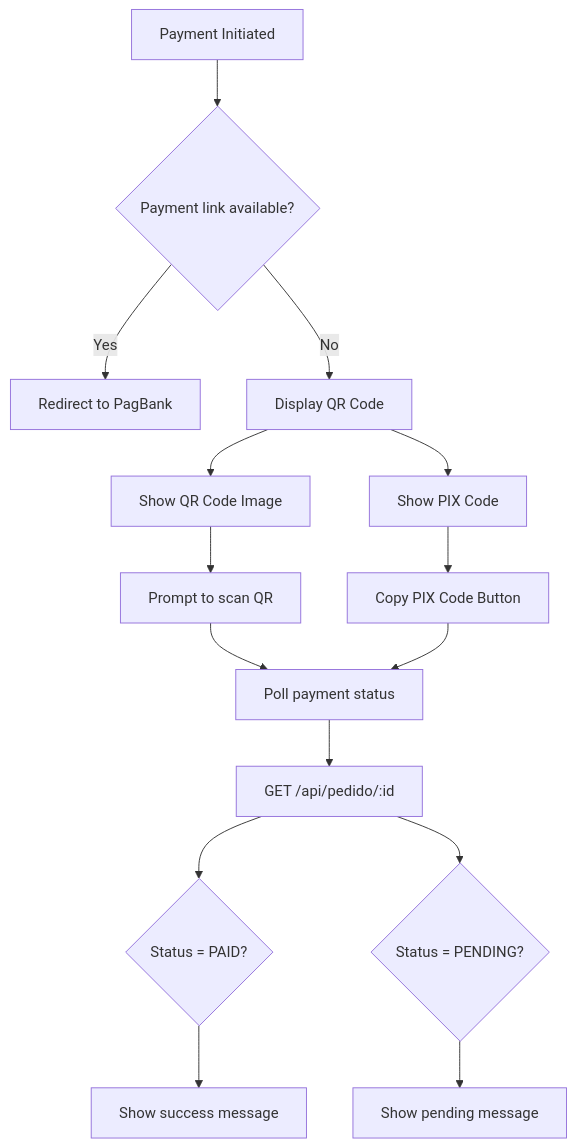
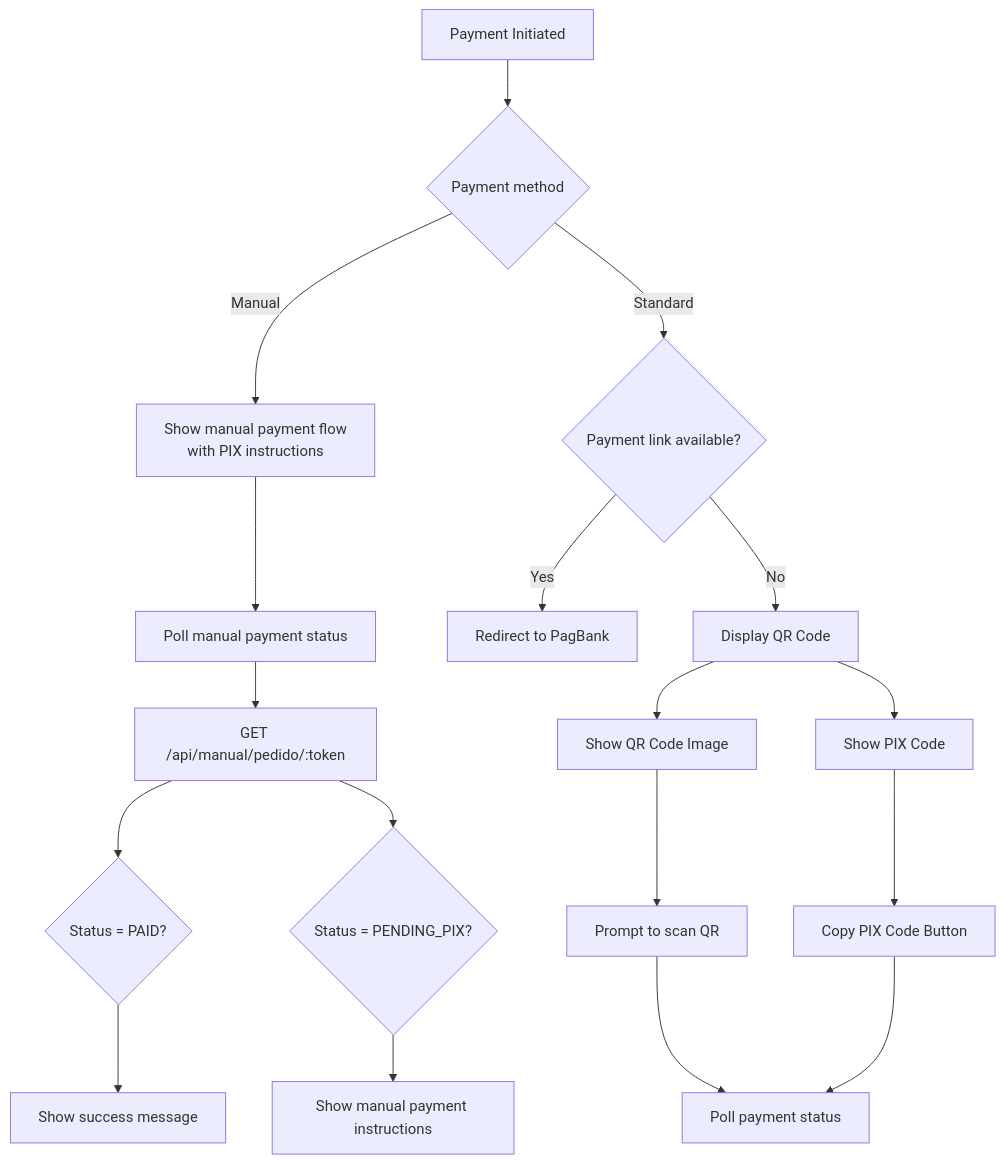
Before and after one commit to Alexandrexicara/qretiquetas.com: the sixth of 8 diagrams in .qoder/repowiki/en/content/Frontend Components/Checkout Interface (checkout.html).md, drawn with Mermaid. The commit also changed other lines of this file and 6 other files, not shown here.

````diff
--- a/.qoder/repowiki/en/content/Frontend Components/Checkout Interface (checkout.html).md
+++ b/.qoder/repowiki/en/content/Frontend Components/Checkout Interface (checkout.html).md
@@ -233,17 +265,20 @@
 ```mermaid
 flowchart TD
-PaymentInit["Payment Initiated"] --> CheckLink{"Payment link available?"}
+PaymentInit["Payment Initiated"] --> CheckMethod{"Payment method"}
+CheckMethod --> |Manual| ShowManualFlow["Show manual payment flow<br/>with PIX instructions"]
+CheckMethod --> |Standard| CheckLink{"Payment link available?"}
 CheckLink --> |Yes| Redirect["Redirect to PagBank"]
 CheckLink --> |No| ShowQR["Display QR Code"]
 ShowQR --> QRImage["Show QR Code Image"]
 ShowQR --> CopyCode["Show PIX Code"]
 QRImage --> ScanPrompt["Prompt to scan QR"]
 CopyCode --> CopyButton["Copy PIX Code Button"]
 ScanPrompt --> PollStatus["Poll payment status"]
 CopyButton --> PollStatus
-PollStatus --> CheckStatus["GET /api/pedido/:id"]
-CheckStatus --> StatusPaid{"Status = PAID?"}
-CheckStatus --> StatusPending{"Status = PENDING?"}
-StatusPaid --> Success["Show success message"]
-StatusPending --> Wait["Show pending message"]
+ShowManualFlow --> PollManual["Poll manual payment status"]
+PollManual --> CheckManualStatus["GET /api/manual/pedido/:token"]
+CheckManualStatus --> ManualStatusPaid{"Status = PAID?"}
+CheckManualStatus --> ManualStatusPending{"Status = PENDING_PIX?"}
+ManualStatusPaid --> Success["Show success message"]
+ManualStatusPending --> Wait["Show manual payment instructions"]
 ```
````
